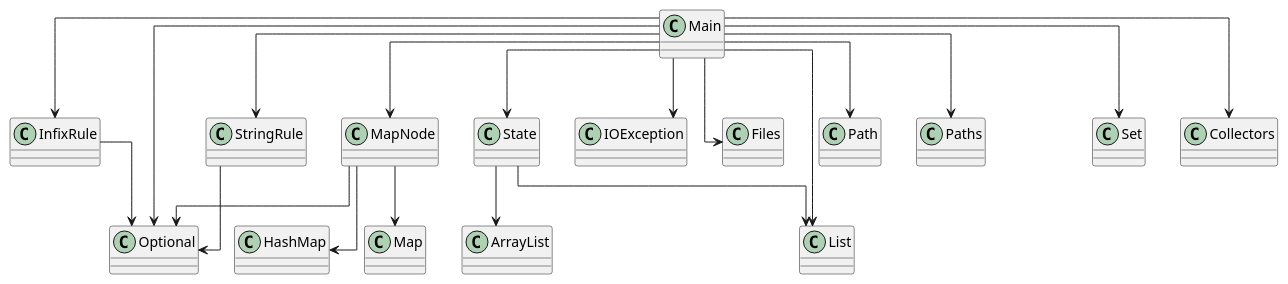
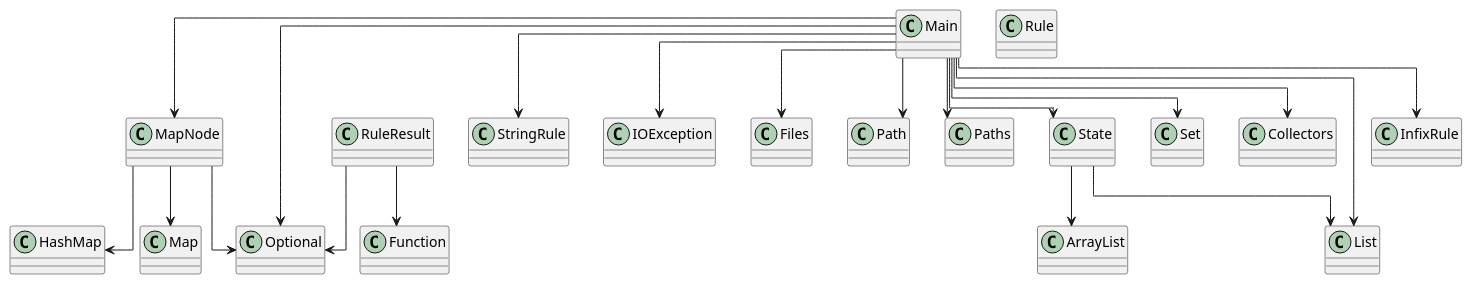
One commit to SirMathhman/Magma changed the diagram in diagram.puml. Above: the diagram before and after it, drawn with PlantUML. The commit also changed 7 other files, not shown here.

```diff
--- a/diagram.puml
+++ b/diagram.puml
@@ -1,27 +1,29 @@
 @startuml
 skinparam linetype ortho
 class InfixRule
-InfixRule --> Optional
+class Rule
+class RuleResult
+RuleResult --> Optional
+RuleResult --> Function
 class Main
 Main --> InfixRule
 Main --> MapNode
 Main --> State
 Main --> StringRule
 Main --> IOException
 Main --> Files
 Main --> Path
 Main --> Paths
 Main --> List
 Main --> Optional
 Main --> Set
 Main --> Collectors
 class StringRule
-StringRule --> Optional
 class MapNode
 MapNode --> HashMap
 MapNode --> Map
 MapNode --> Optional
 class State
 State --> ArrayList
 State --> List
 @enduml
```
